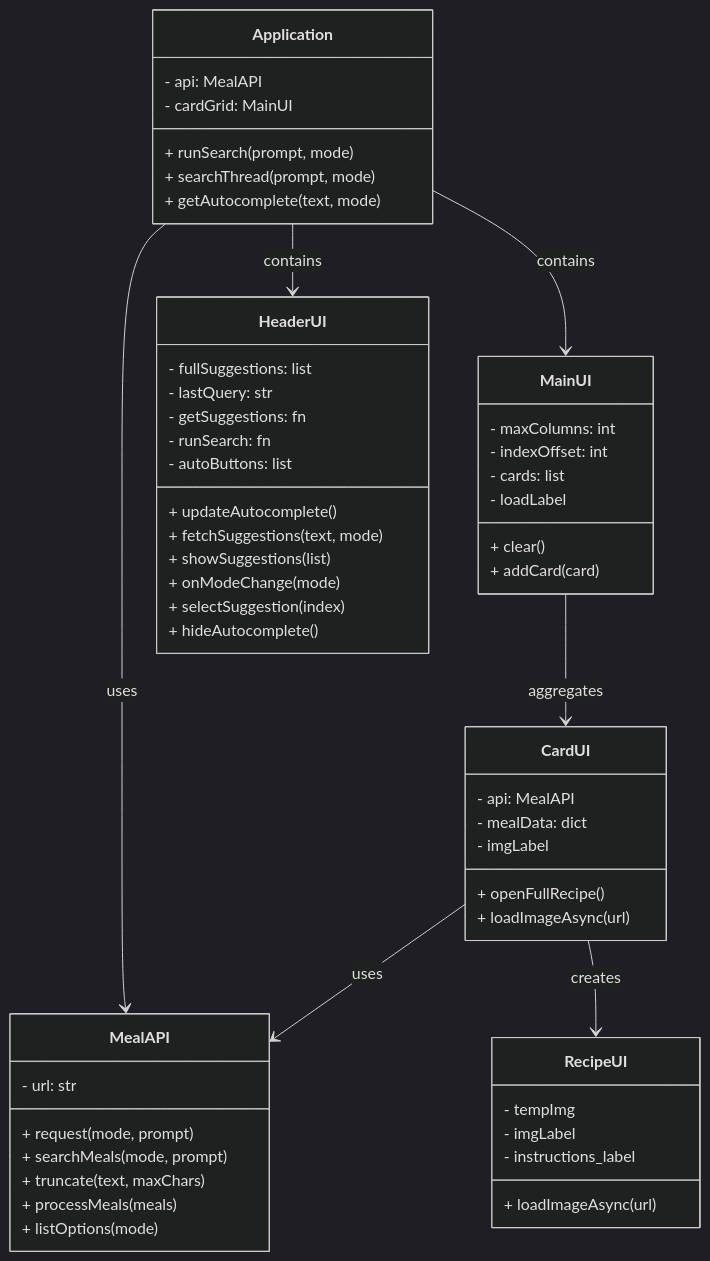
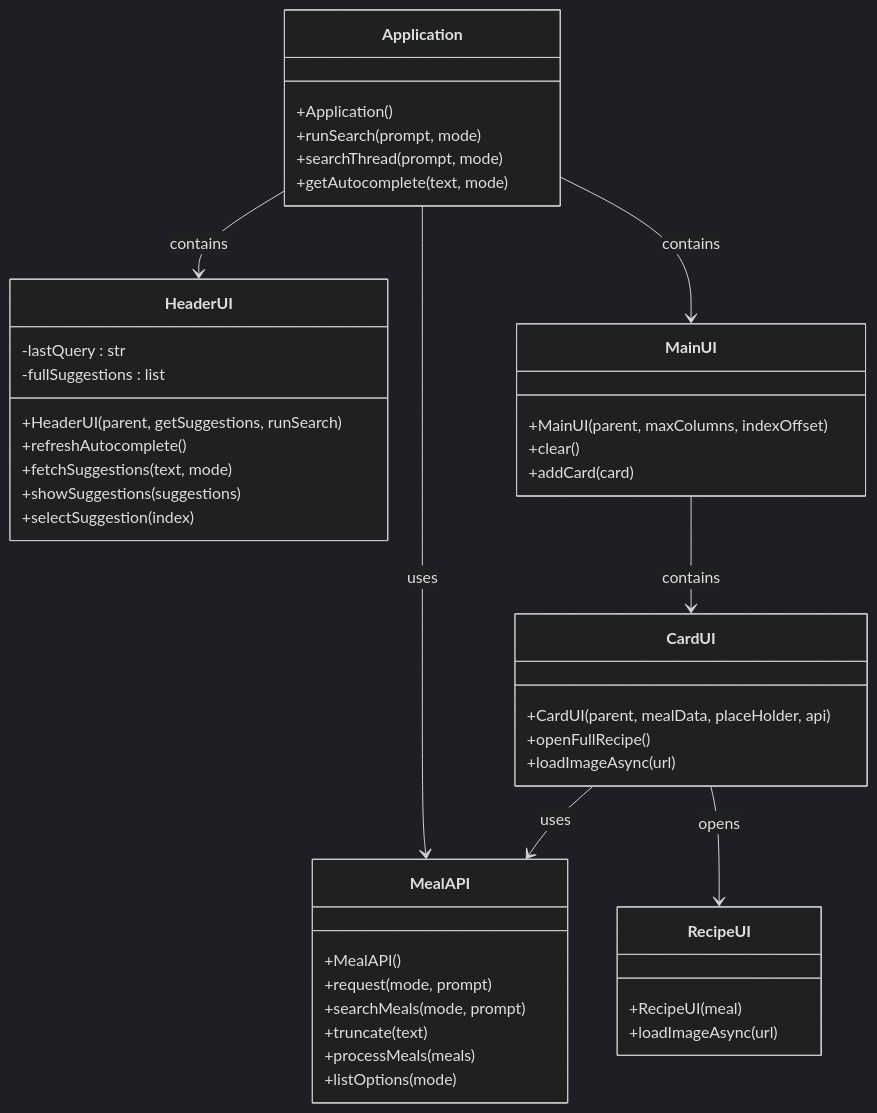
One commit to Eldeston/Advanced-Programming-Assessment-2 changed the diagram in README.md. Above: the diagram before and after it, drawn with Mermaid (dark theme). The commit also changed other lines of this file and 2 other files, not shown here.

Commit message:
Code formatting adjustments

````diff
--- a/README.md
+++ b/README.md
@@ -29,66 +29,56 @@
 ```mermaid
 classDiagram
+    direction TB
+
+    class Application {
+        +Application()
+        +runSearch(prompt, mode)
+        +searchThread(prompt, mode)
+        +getAutocomplete(text, mode)
+    }
+
     class MealAPI {
-        - url: str
-        + request(mode, prompt)
-        + searchMeals(mode, prompt)
-        + truncate(text, maxChars)
-        + processMeals(meals)
-        + listOptions(mode)
+        +MealAPI()
+        +request(mode, prompt)
+        +searchMeals(mode, prompt)
+        +truncate(text)
+        +processMeals(meals)
+        +listOptions(mode)
+    }
+
+    class HeaderUI {
+        +HeaderUI(parent, getSuggestions, runSearch)
+        -lastQuery : str
+        -fullSuggestions : list
+        +refreshAutocomplete()
+        +fetchSuggestions(text, mode)
+        +showSuggestions(suggestions)
+        +selectSuggestion(index)
+    }
+
+    class MainUI {
+        +MainUI(parent, maxColumns, indexOffset)
+        +clear()
+        +addCard(card)
     }
 
     class CardUI {
-        - api: MealAPI
-        - mealData: dict
-        - imgLabel
-        + openFullRecipe()
-        + loadImageAsync(url)
-    }
-
-    class MainUI {
-        - maxColumns: int
-        - indexOffset: int
-        - cards: list
-        - loadLabel
-        + clear()
-        + addCard(card)
+        +CardUI(parent, mealData, placeHolder, api)
+        +openFullRecipe()
+        +loadImageAsync(url)
     }
 
     class RecipeUI {
-        - tempImg
-        - imgLabel
-        - instructions_label
-        + loadImageAsync(url)
-    }
-
-    class HeaderUI {
-        - fullSuggestions: list
-        - lastQuery: str
-        - getSuggestions: fn
-        - runSearch: fn
-        - autoButtons: list
-        + updateAutocomplete()
-        + fetchSuggestions(text, mode)
-        + showSuggestions(list)
-        + onModeChange(mode)
-        + selectSuggestion(index)
-        + hideAutocomplete()
-    }
-
-    class Application {
-        - api: MealAPI
-        - cardGrid: MainUI
-        + runSearch(prompt, mode)
-        + searchThread(prompt, mode)
-        + getAutocomplete(text, mode)
+        +RecipeUI(meal)
+        +loadImageAsync(url)
     }
 
     %% Relationships
     Application --> MealAPI : uses
     Application --> HeaderUI : contains
     Application --> MainUI : contains
 
-    MainUI --> CardUI : aggregates
+    MainUI --> CardUI : contains
     CardUI --> MealAPI : uses
-    CardUI --> RecipeUI : creates
+    CardUI --> RecipeUI : opens
 ```
````
